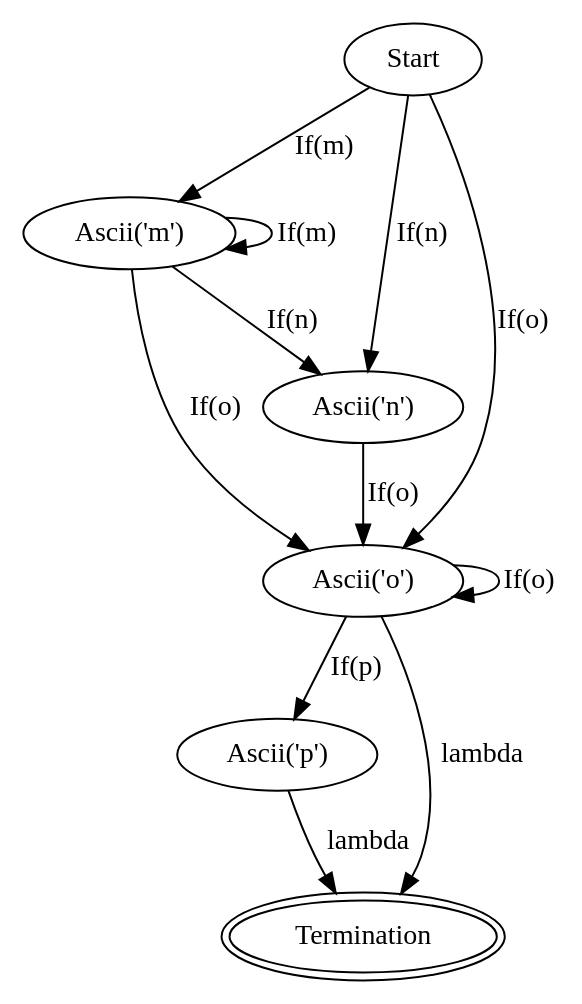
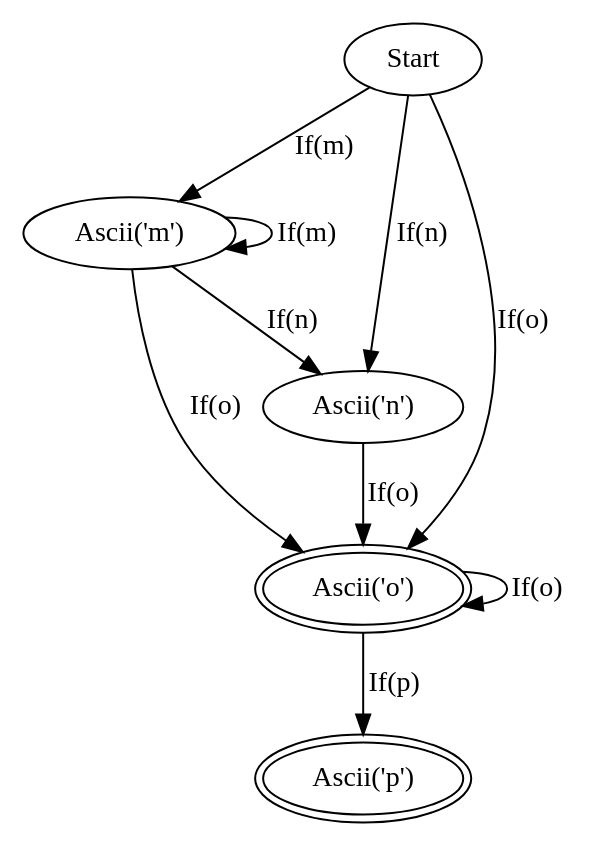
The diagram in examples/pattern5.dot (kerfmanner/Regex_FSM), drawn with Graphviz before and after one commit. The commit also changed 14 other files, not shown here.

```diff
--- a/examples/pattern5.dot
+++ b/examples/pattern5.dot
@@ -1,19 +1,16 @@
 digraph FSM {
 node0 [label="Start"];
 node0 -> node1 [label="If(m)"];
 node0 -> node2 [label="If(n)"];
 node0 -> node3 [label="If(o)"];
 node1 [label="Ascii('m')"];
 node1 -> node1 [label="If(m)"];
 node1 -> node2 [label="If(n)"];
 node1 -> node3 [label="If(o)"];
 node2 [label="Ascii('n')"];
 node2 -> node3 [label="If(o)"];
-node3 [label="Ascii('o')"];
+node3 [label="Ascii('o')", peripheries=2];
 node3 -> node3 [label="If(o)"];
 node3 -> node4 [label="If(p)"];
-node3 -> node5 [label="lambda"];
-node4 [label="Ascii('p')"];
-node4 -> node5 [label="lambda"];
-node5 [label="Termination", peripheries=2];
+node4 [label="Ascii('p')", peripheries=2];
 }
```
